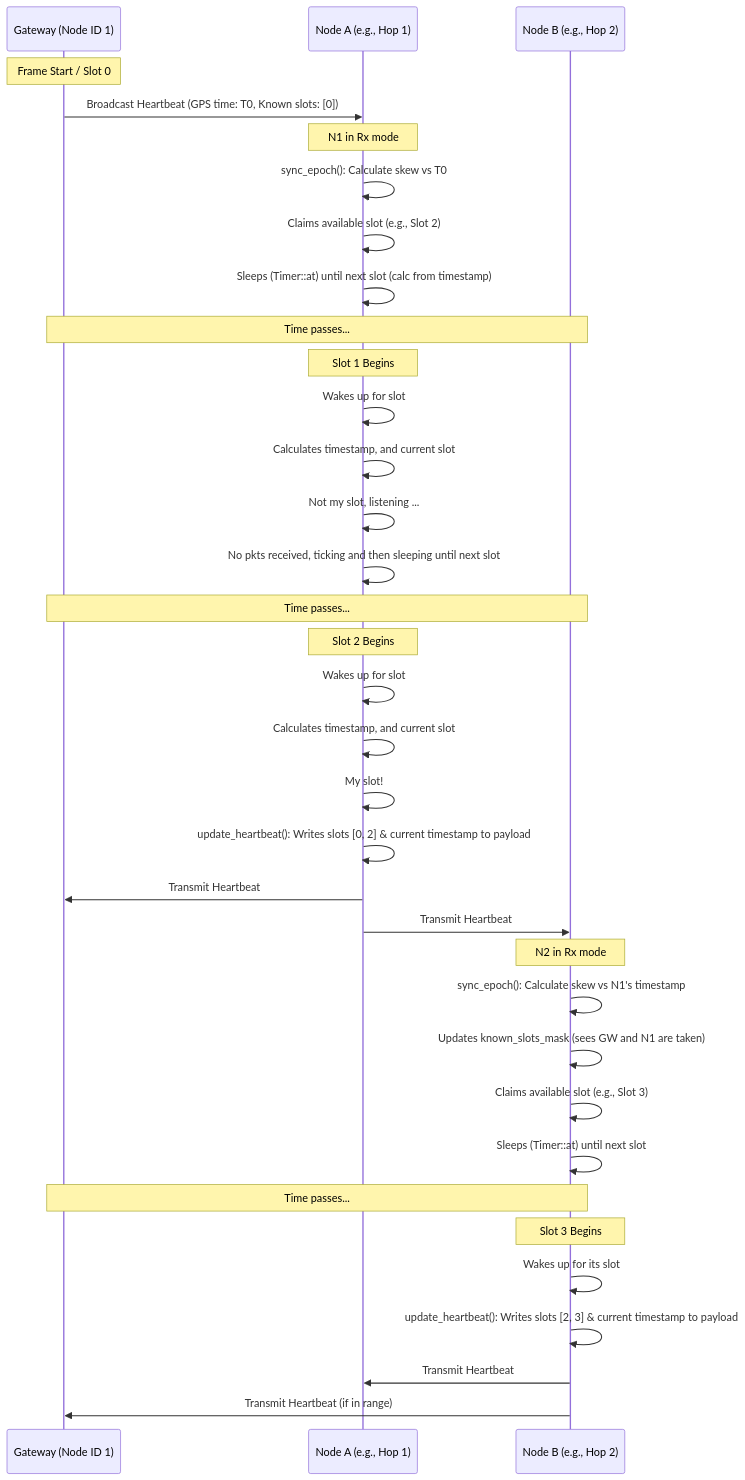
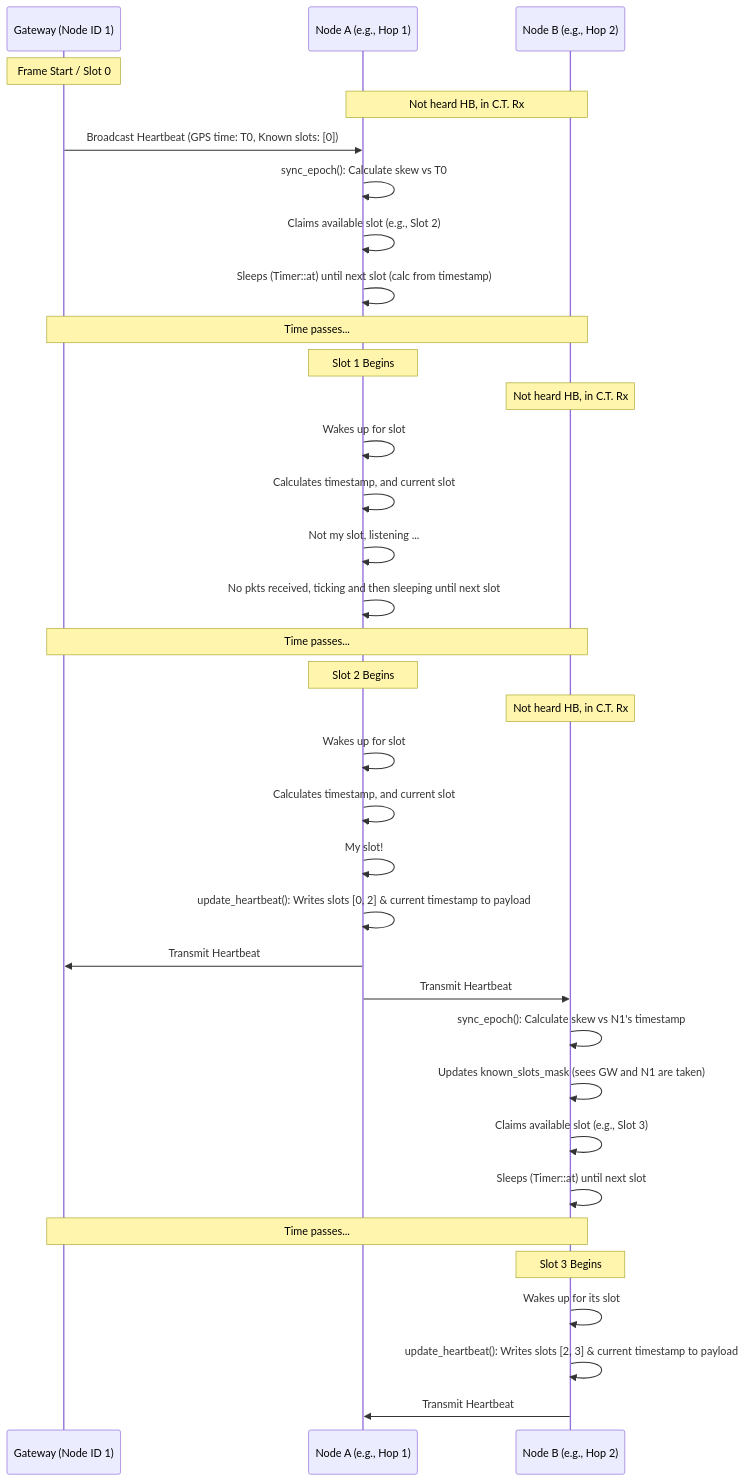
The second of 5 diagrams in must-hop/src/node/mac.md (jakobolason/must-hop), drawn with Mermaid before and after one commit. The commit also changed other lines of this file and 1 other file, not shown here.

````diff
--- a/must-hop/src/node/mac.md
+++ b/must-hop/src/node/mac.md
@@ -26,46 +26,46 @@
 ```mermaid
 sequenceDiagram
     participant GW as Gateway (Node ID 1)
     participant N1 as Node A (e.g., Hop 1)
     participant N2 as Node B (e.g., Hop 2)
 
     Note over GW: Frame Start / Slot 0
+    Note over N1, N2: Not heard HB, in C.T. Rx
     GW->>N1: Broadcast Heartbeat (GPS time: T0, Known slots: [0])
 
-    Note over N1: N1 in Rx mode
     N1->>N1: sync_epoch(): Calculate skew vs T0
     N1->>N1: Claims available slot (e.g., Slot 2)
     N1->>N1: Sleeps (Timer::at) until next slot (calc from timestamp)
 
     Note over GW, N2: Time passes...
 
     Note over N1: Slot 1 Begins
+    Note over N2: Not heard HB, in C.T. Rx
     N1->>N1: Wakes up for slot
     N1 ->>N1: Calculates timestamp, and current slot
     N1->>N1: Not my slot, listening ...
     N1->>N1: No pkts received, ticking and then sleeping until next slot
 
     Note over GW, N2: Time passes...
 
     Note over N1: Slot 2 Begins
+    Note over N2: Not heard HB, in C.T. Rx
     N1->>N1: Wakes up for slot
     N1 ->>N1: Calculates timestamp, and current slot
     N1->>N1: My slot!
     N1->>N1: update_heartbeat(): Writes slots [0, 2] & current timestamp to payload
     N1->>GW: Transmit Heartbeat
     N1->>N2: Transmit Heartbeat
 
-    Note over N2: N2 in Rx mode
     N2->>N2: sync_epoch(): Calculate skew vs N1's timestamp
     N2->>N2: Updates known_slots_mask (sees GW and N1 are taken)
     N2->>N2: Claims available slot (e.g., Slot 3)
     N2->>N2: Sleeps (Timer::at) until next slot
 
     Note over GW, N2: Time passes...
 
     Note over N2: Slot 3 Begins
     N2->>N2: Wakes up for its slot
     N2->>N2: update_heartbeat(): Writes slots [2, 3] & current timestamp to payload
     N2->>N1: Transmit Heartbeat
-    N2->>GW: Transmit Heartbeat (if in range)
 ```
````
